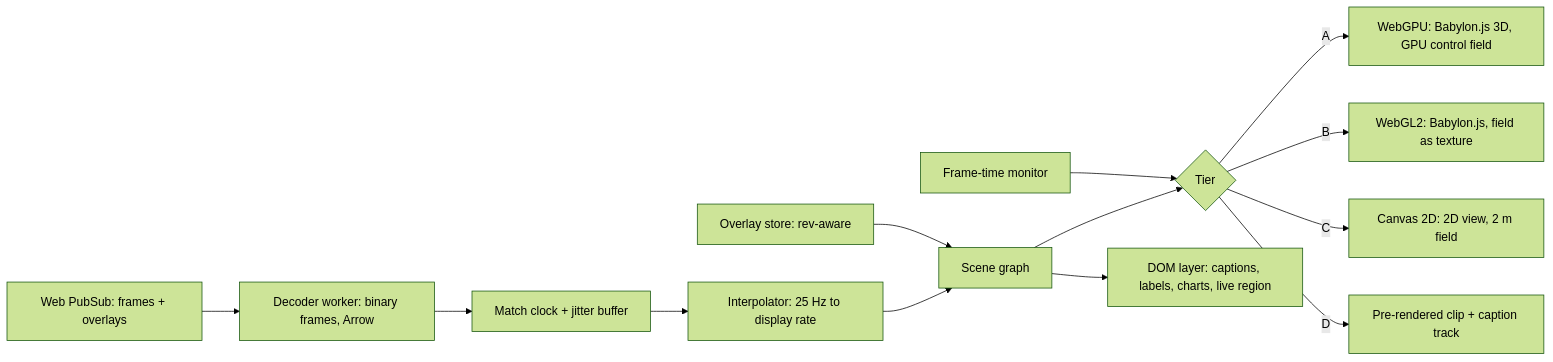
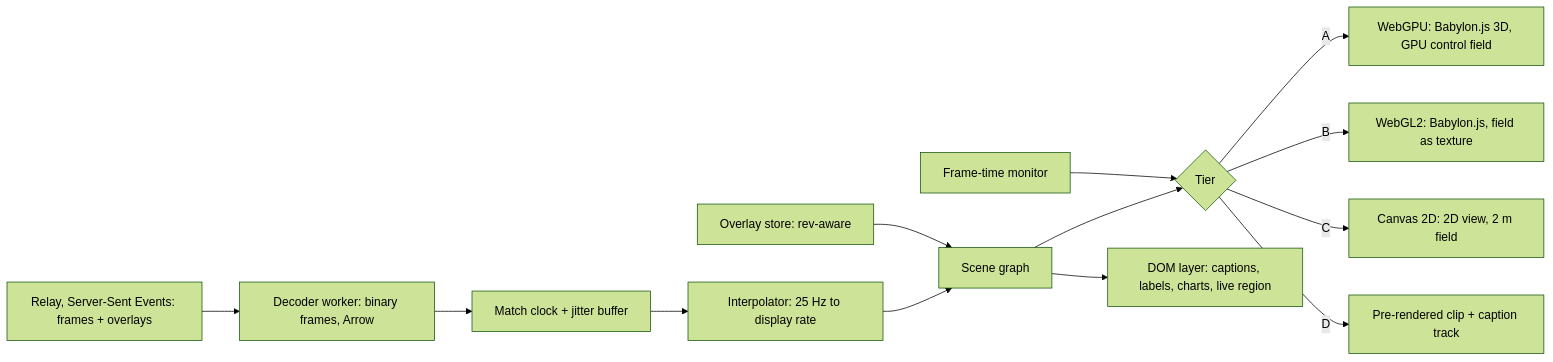
The fourth of 5 diagrams in PRD.md (FelixMatrixar/OffBall), drawn with Mermaid (forest theme) before and after one commit. The commit also changed other lines of this file and 4 other files, not shown here.

````diff
--- a/PRD.md
+++ b/PRD.md
@@ -1581,15 +1589,15 @@
 ```mermaid
 flowchart LR
-  WS["Web PubSub: frames + overlays"] --> DEC["Decoder worker: binary frames, Arrow"]
+  WS["Relay, Server-Sent Events: frames + overlays"] --> DEC["Decoder worker: binary frames, Arrow"]
   DEC --> CLK["Match clock + jitter buffer"]
   CLK --> INT["Interpolator: 25 Hz to display rate"]
   INT --> SG["Scene graph"]
   OV["Overlay store: rev-aware"] --> SG
   SG --> T{"Tier"}
   T -- "A" --> GPU["WebGPU: Babylon.js 3D, GPU control field"]
   T -- "B" --> GL["WebGL2: Babylon.js, field as texture"]
   T -- "C" --> C2D["Canvas 2D: 2D view, 2 m field"]
   T -- "D" --> VID["Pre-rendered clip + caption track"]
   SG --> DOM["DOM layer: captions, labels, charts, live region"]
   FT["Frame-time monitor"] --> T
 ```
````
